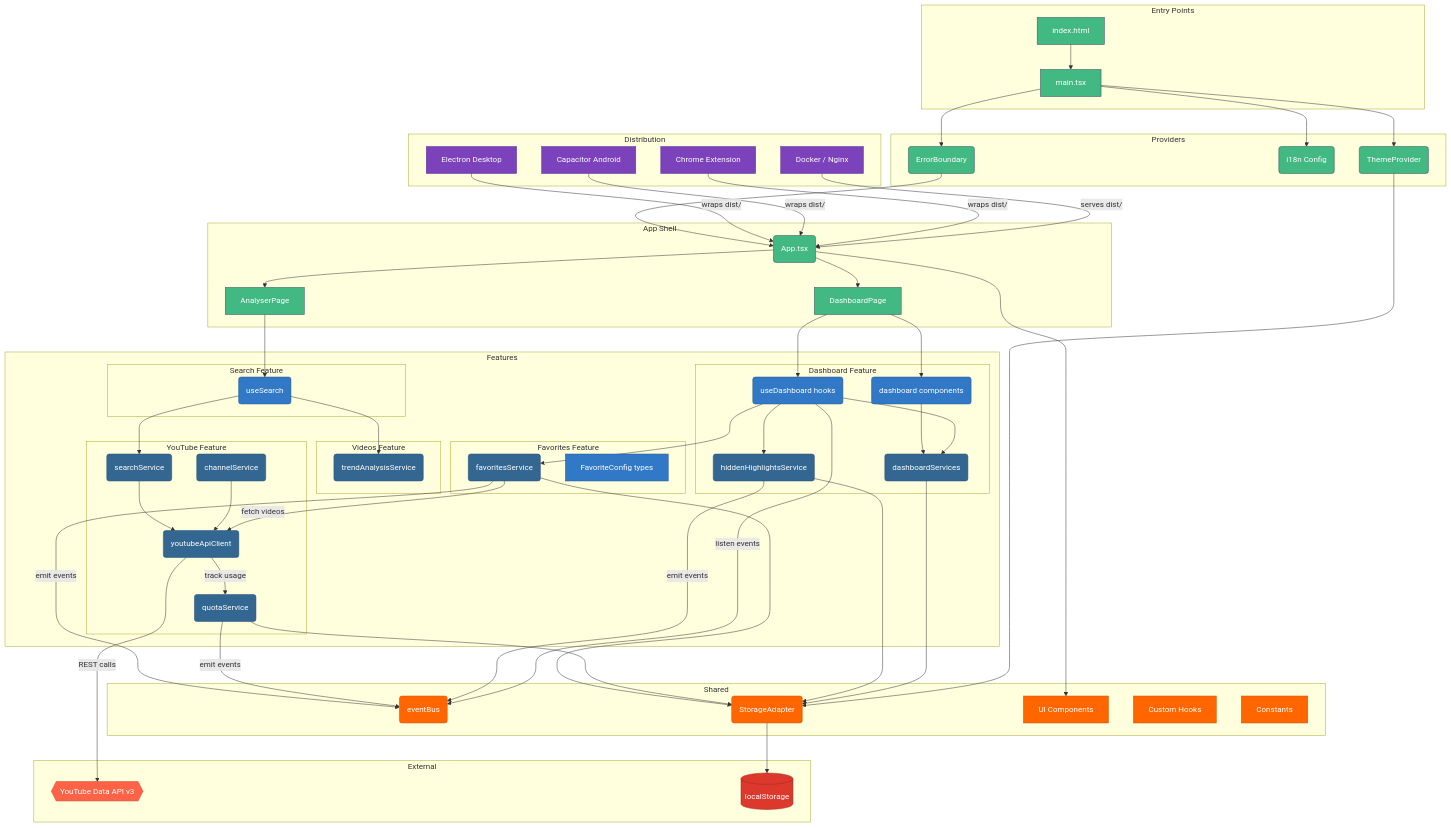
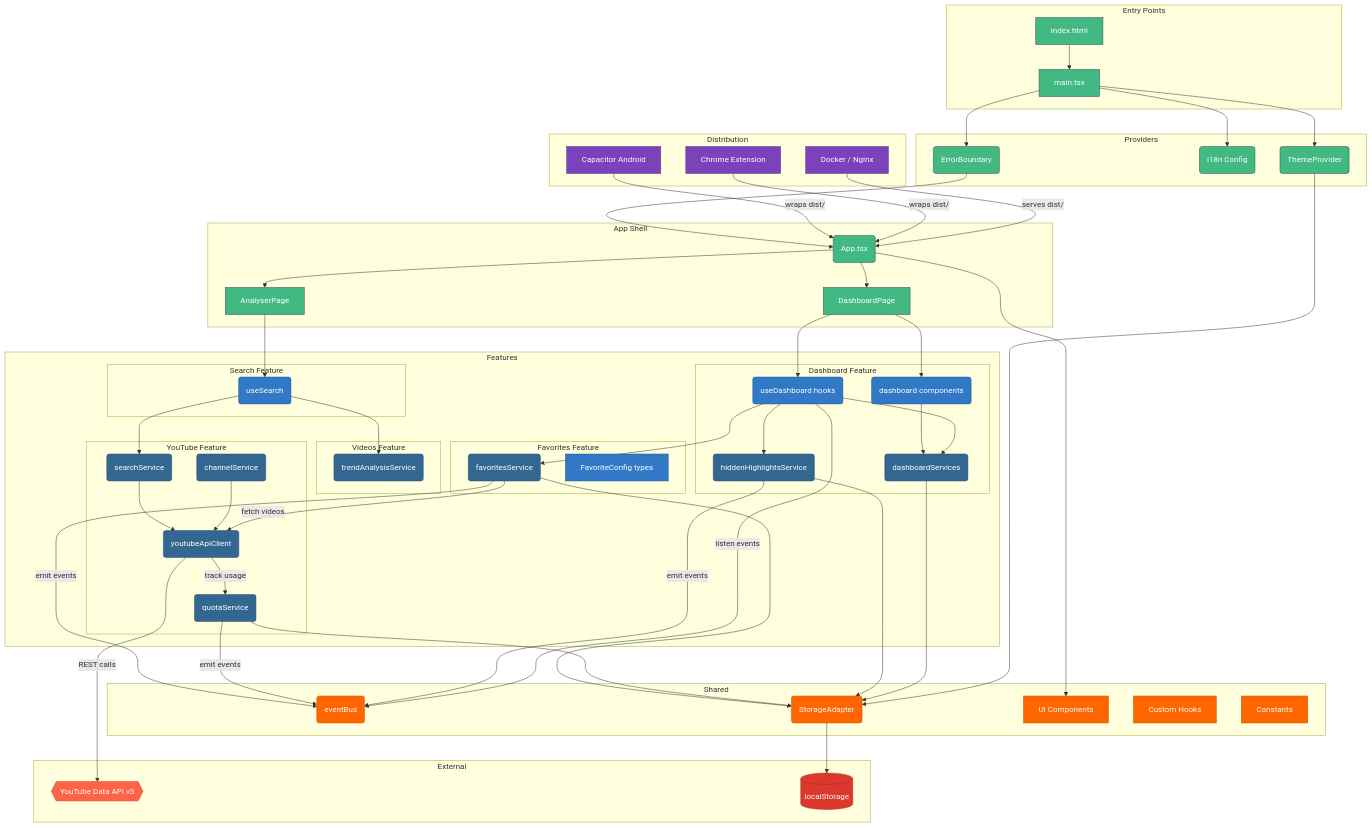
One commit to fo0/tubetrend changed the diagram in docs/ARCHITECTURE.mmd. Above: the diagram before and after it, drawn with Mermaid. The commit also changed 37 other files, not shown here.

First line of the commit message:
chore: remove the Electron desktop target #591 (#592)

```diff
--- a/docs/ARCHITECTURE.mmd
+++ b/docs/ARCHITECTURE.mmd
@@ -1,146 +1,143 @@
 flowchart TD
     subgraph "Entry Points"
         MAIN["main.tsx"]:::frontend
         HTML["index.html"]:::frontend
     end
 
     subgraph "App Shell"
         APP("App.tsx"):::frontend
         DASHBOARD["DashboardPage"]:::frontend
         ANALYSER["AnalyserPage"]:::frontend
     end
 
     subgraph "Providers"
         THEME("ThemeProvider"):::frontend
         I18N("i18n Config"):::frontend
         ERRBND("ErrorBoundary"):::frontend
     end
 
     subgraph "Features"
         subgraph "Dashboard Feature"
             USEDASH("useDashboard hooks"):::feature
             DASHCOMP("dashboard components"):::feature
             DASHSVC("dashboardServices"):::service
             HIDDEN("hiddenHighlightsService"):::service
         end
 
         subgraph "Favorites Feature"
             FAVSVC("favoritesService"):::service
             FAVTYPES["FavoriteConfig types"]:::feature
         end
 
         subgraph "Search Feature"
             USESEARCH("useSearch"):::feature
         end
 
         subgraph "Videos Feature"
             TREND("trendAnalysisService"):::service
         end
 
         subgraph "YouTube Feature"
             APICLIENT("youtubeApiClient"):::service
             CHANSVC("channelService"):::service
             SEARCHSVC("searchService"):::service
             QUOTASVC("quotaService"):::service
         end
     end
 
     subgraph "Shared"
         EVENTBUS("eventBus"):::shared
         STORAGE("StorageAdapter"):::shared
         UICOMPS["UI Components"]:::shared
         HOOKS["Custom Hooks"]:::shared
         CONSTANTS["Constants"]:::shared
     end
 
     subgraph "External"
         YTAPI{{"YouTube Data API v3"}}:::external
         LOCALSTORAGE[("localStorage")]:::storage
     end
 
     subgraph "Distribution"
-        ELECTRON["Electron Desktop"]:::infra
         CAPACITOR["Capacitor Android"]:::infra
         CHROMEEXT["Chrome Extension"]:::infra
         DOCKER["Docker / Nginx"]:::infra
     end
 
     HTML --> MAIN
     MAIN --> THEME
     MAIN --> I18N
     MAIN --> ERRBND
     ERRBND --> APP
     APP --> DASHBOARD
     APP --> ANALYSER
 
     DASHBOARD --> USEDASH
     DASHBOARD --> DASHCOMP
     DASHCOMP --> DASHSVC
     USEDASH --> DASHSVC
     USEDASH --> FAVSVC
     USEDASH --> HIDDEN
     ANALYSER --> USESEARCH
     USESEARCH --> SEARCHSVC
     USESEARCH --> TREND
 
     SEARCHSVC --> APICLIENT
     CHANSVC --> APICLIENT
     FAVSVC -->|"fetch videos"| APICLIENT
     APICLIENT -->|"REST calls"| YTAPI
     APICLIENT -->|"track usage"| QUOTASVC
 
     FAVSVC --> STORAGE
     QUOTASVC --> STORAGE
     HIDDEN --> STORAGE
     DASHSVC --> STORAGE
     THEME --> STORAGE
     STORAGE --> LOCALSTORAGE
 
     FAVSVC -->|"emit events"| EVENTBUS
     QUOTASVC -->|"emit events"| EVENTBUS
     HIDDEN -->|"emit events"| EVENTBUS
     USEDASH -->|"listen events"| EVENTBUS
 
     APP --> UICOMPS
 
-    ELECTRON -->|"wraps dist/"| APP
     CAPACITOR -->|"wraps dist/"| APP
     CHROMEEXT -->|"wraps dist/"| APP
     DOCKER -->|"serves dist/"| APP
 
     click MAIN "src/main.tsx"
     click HTML "index.html"
     click APP "src/app/App.tsx"
     click DASHBOARD "src/app/routes/DashboardPage.tsx"
     click ANALYSER "src/app/routes/AnalyserPage.tsx"
     click THEME "src/providers/ThemeProvider.tsx"
     click I18N "src/i18n/config.ts"
     click ERRBND "src/shared/components/feedback"
     click USEDASH "src/features/dashboard/hooks/useDashboard.ts"
     click DASHCOMP "src/features/dashboard/components"
     click DASHSVC "src/features/dashboard/services"
     click HIDDEN "src/features/dashboard/services"
     click FAVSVC "src/features/favorites/services/favoritesService.ts"
     click USESEARCH "src/features/search/hooks/useSearch.ts"
     click TREND "src/features/videos/services/trendAnalysisService.ts"
     click APICLIENT "src/features/youtube/services/youtubeApiClient.ts"
     click CHANSVC "src/features/youtube/services/channelService.ts"
     click SEARCHSVC "src/features/youtube/services/searchService.ts"
     click QUOTASVC "src/features/youtube/services/quotaService.ts"
     click EVENTBUS "src/shared/lib/eventBus.ts"
     click STORAGE "src/shared/lib/storage.ts"
     click UICOMPS "src/shared/components/ui"
     click HOOKS "src/shared/hooks"
     click CONSTANTS "src/shared/constants"
-    click ELECTRON "electron/main.ts"
     click CAPACITOR "capacitor.config.ts"
     click CHROMEEXT "chrome-extension/manifest.json"
     click DOCKER "Dockerfile"
 
     classDef frontend fill:#42b883,stroke:#35495e,color:#fff
     classDef feature fill:#3178c6,stroke:#265a8f,color:#fff
     classDef service fill:#336791,stroke:#264d73,color:#fff
     classDef storage fill:#dc382c,stroke:#a02a22,color:#fff
     classDef external fill:#ff6347,stroke:#cc4f39,color:#fff
     classDef infra fill:#7b42bc,stroke:#5e338f,color:#fff
     classDef shared fill:#ff6600,stroke:#cc5200,color:#fff
```
